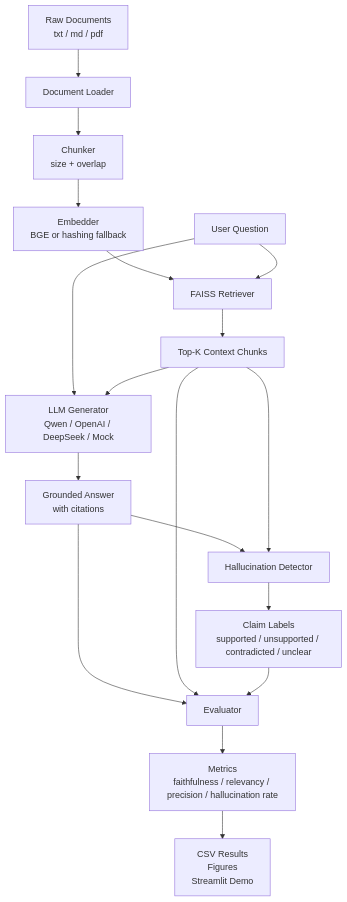
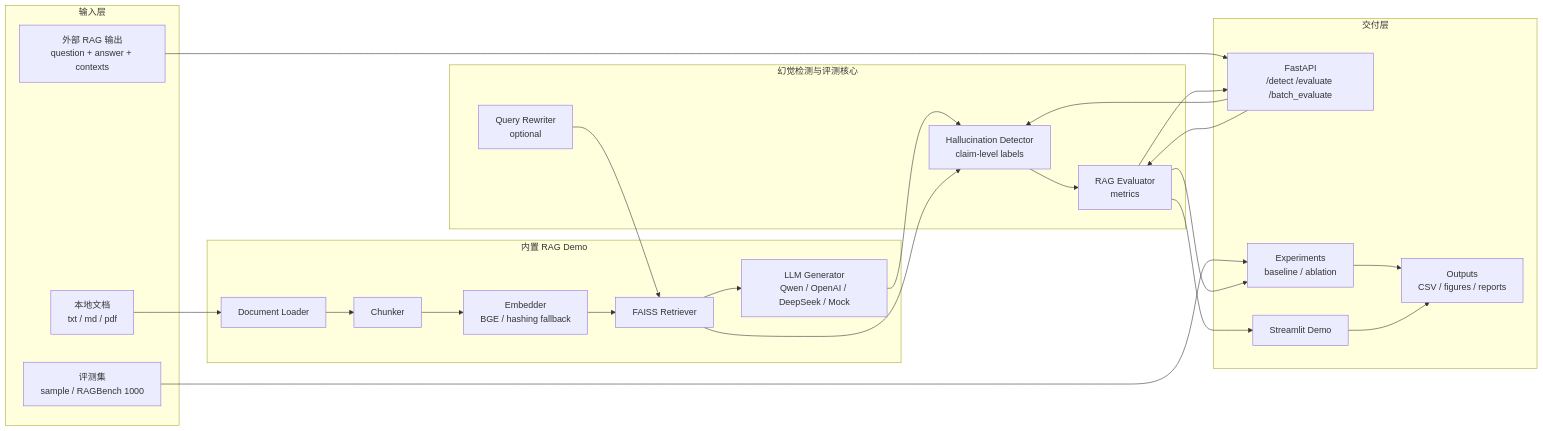
One commit to GuMiShDo666/rag-hallucination-eval changed the diagram in README.md. Above: the diagram before and after it, drawn with Mermaid. The commit also changed 1 other file, not shown here.

Commit message:
improve readme architecture diagram

````diff
--- a/README.md
+++ b/README.md
@@ -75,20 +75,45 @@
 ```mermaid
-flowchart TD
-    A["Raw Documents<br/>txt / md / pdf"] --> B["Document Loader"]
-    B --> C["Chunker<br/>size + overlap"]
-    C --> D["Embedder<br/>BGE or hashing fallback"]
-    D --> E["FAISS Retriever"]
-    Q["User Question"] --> E
-    E --> F["Top-K Context Chunks"]
-    Q --> G["LLM Generator<br/>Qwen / OpenAI / DeepSeek / Mock"]
-    F --> G
-    G --> H["Grounded Answer<br/>with citations"]
-    H --> I["Hallucination Detector"]
-    F --> I
-    I --> J["Claim Labels<br/>supported / unsupported / contradicted / unclear"]
-    H --> K["Evaluator"]
-    F --> K
+flowchart LR
+    subgraph Input["输入层"]
+        A["本地文档<br/>txt / md / pdf"]
+        B["评测集<br/>sample / RAGBench 1000"]
+        C["外部 RAG 输出<br/>question + answer + contexts"]
+    end
+
+    subgraph DemoRAG["内置 RAG Demo"]
+        D["Document Loader"]
+        E["Chunker"]
+        F["Embedder<br/>BGE / hashing fallback"]
+        G["FAISS Retriever"]
+        H["LLM Generator<br/>Qwen / OpenAI / DeepSeek / Mock"]
+    end
+
+    subgraph Core["幻觉检测与评测核心"]
+        I["Query Rewriter<br/>optional"]
+        J["Hallucination Detector<br/>claim-level labels"]
+        K["RAG Evaluator<br/>metrics"]
+    end
+
+    subgraph Delivery["交付层"]
+        L["FastAPI<br/>/detect /evaluate /batch_evaluate"]
+        M["Experiments<br/>baseline / ablation"]
+        N["Streamlit Demo"]
+        O["Outputs<br/>CSV / figures / reports"]
+    end
+
+    A --> D --> E --> F --> G
+    B --> M
+    G --> H
+    H --> J
+    G --> J
+    C --> L
+    L --> J
+    L --> K
+    I --> G
     J --> K
-    K --> L["Metrics<br/>faithfulness / relevancy / precision / hallucination rate"]
-    L --> M["CSV Results<br/>Figures<br/>Streamlit Demo"]
+    K --> L
+    K --> M
+    K --> N
+    M --> O
+    N --> O
 ```
````
